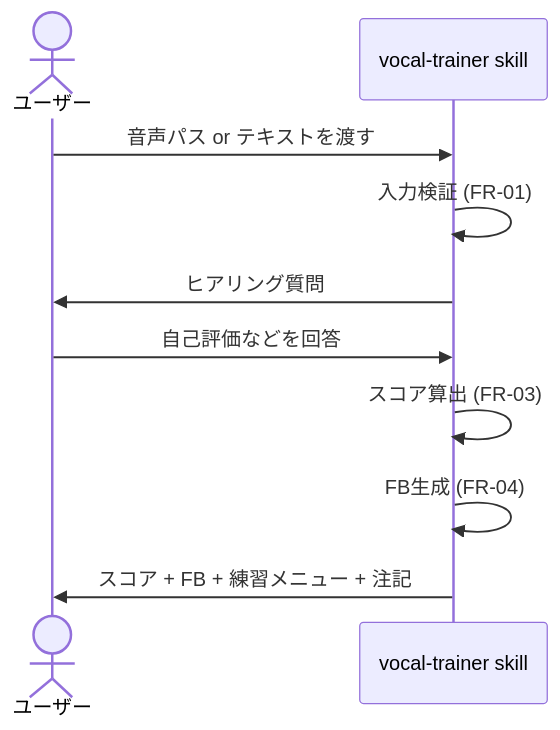
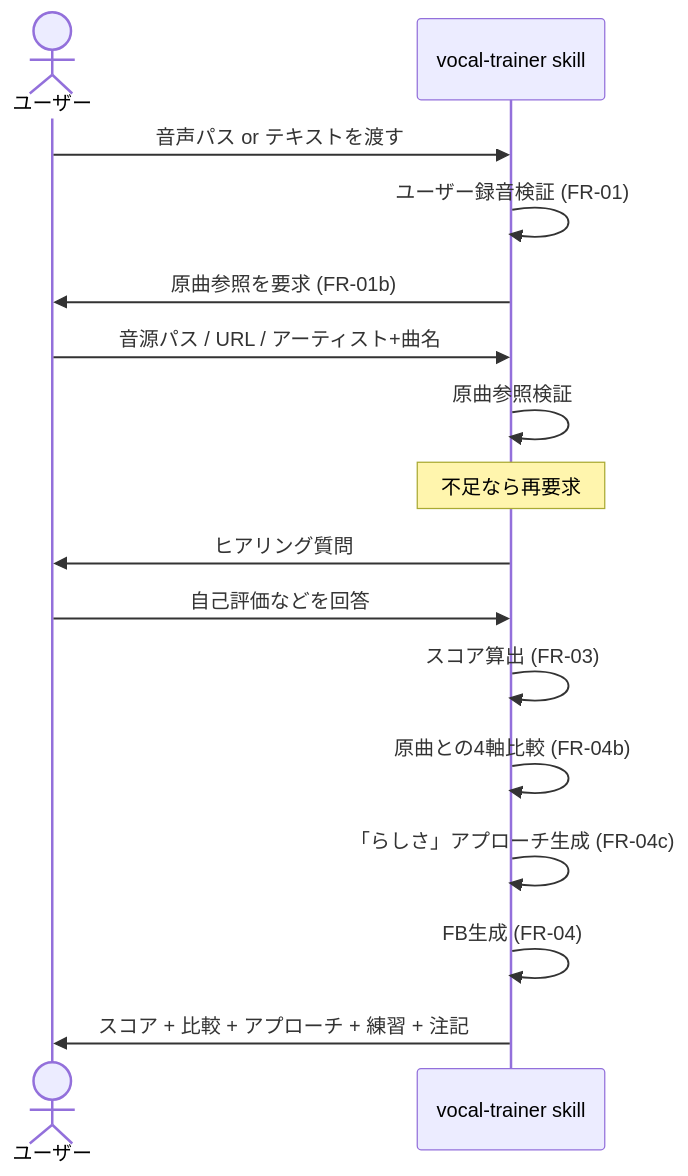
Before and after one commit to maru0814/vocalcoach: the second of 3 diagrams in docs/04_設計書_ClaudeCode版FB.md, drawn with Mermaid. The commit also changed other lines of this file and 2 other files, not shown here.

````diff
--- a/docs/04_設計書_ClaudeCode版FB.md
+++ b/docs/04_設計書_ClaudeCode版FB.md
@@ -170,12 +222,18 @@
 ```mermaid
 sequenceDiagram
     actor U as ユーザー
     participant S as vocal-trainer skill
     U->>S: 音声パス or テキストを渡す
-    S->>S: 入力検証 (FR-01)
+    S->>S: ユーザー録音検証 (FR-01)
+    S->>U: 原曲参照を要求 (FR-01b)
+    U->>S: 音源パス / URL / アーティスト+曲名
+    S->>S: 原曲参照検証
+    Note over S: 不足なら再要求
     S->>U: ヒアリング質問
     U->>S: 自己評価などを回答
     S->>S: スコア算出 (FR-03)
+    S->>S: 原曲との4軸比較 (FR-04b)
+    S->>S: 「らしさ」アプローチ生成 (FR-04c)
     S->>S: FB生成 (FR-04)
-    S->>U: スコア + FB + 練習メニュー + 注記
+    S->>U: スコア + 比較 + アプローチ + 練習 + 注記
 ```
````
